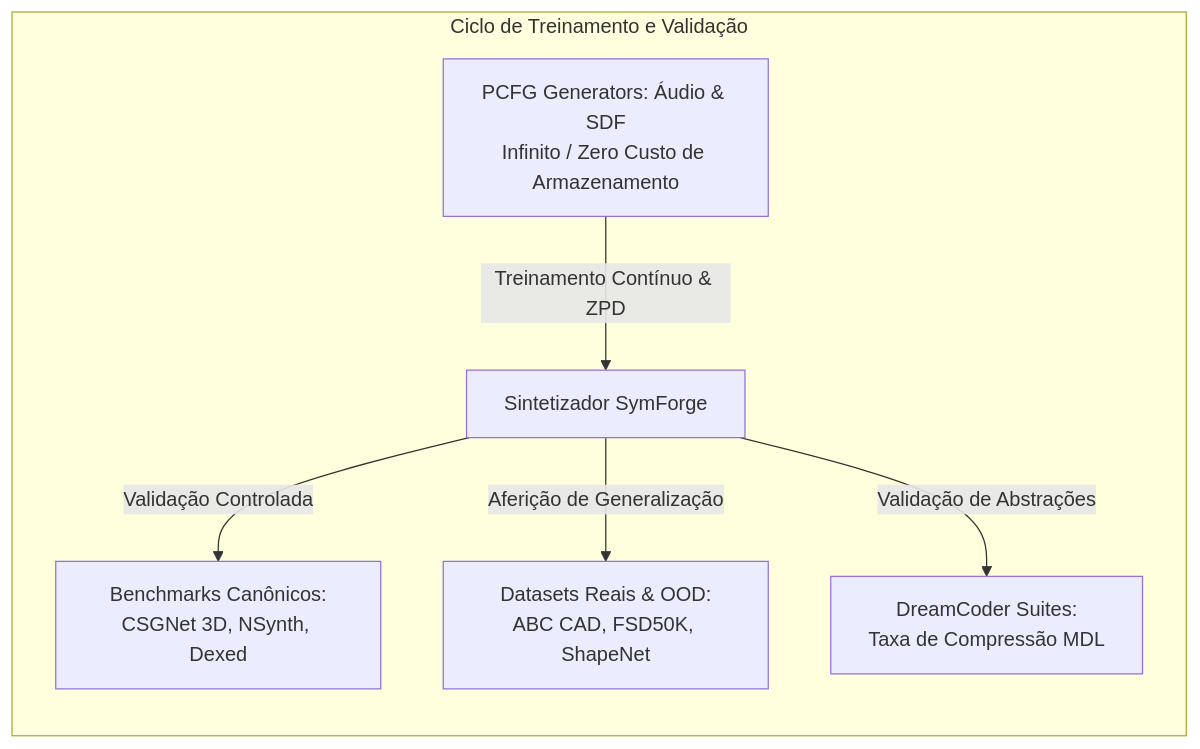
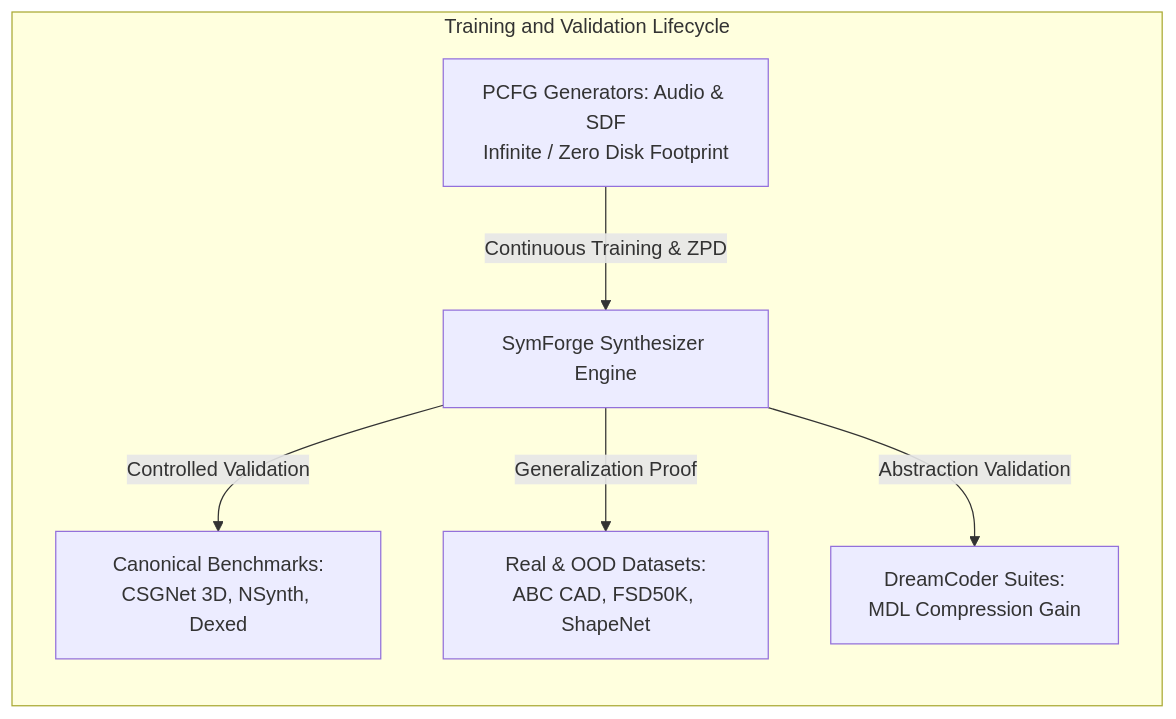
The second of 2 diagrams in docs/architecture/datasets_and_benchmarks.md (racoci/symforge), drawn with Mermaid before and after one commit. The commit also changed other lines of this file and 12 other files, not shown here.

Commit message:
docs: translate README and complete architecture documentation to English

````diff
--- a/docs/architecture/datasets_and_benchmarks.md
+++ b/docs/architecture/datasets_and_benchmarks.md
@@ -160,9 +160,9 @@
 ```mermaid
 graph LR
-    subgraph CoreLifecycle [Ciclo de Treinamento e Validação]
-        P_GEN[PCFG Generators: Áudio & SDF<br/>Infinito / Zero Custo de Armazenamento] -->|Treinamento Contínuo & ZPD| SYNTH[Sintetizador SymForge]
-        SYNTH -->|Validação Controlada| B_CTRL[Benchmarks Canônicos:<br/>CSGNet 3D, NSynth, Dexed]
-        SYNTH -->|Aferição de Generalização| B_REAL[Datasets Reais & OOD:<br/>ABC CAD, FSD50K, ShapeNet]
-        SYNTH -->|Validação de Abstrações| B_DREAM[DreamCoder Suites:<br/>Taxa de Compressão MDL]
+    subgraph CoreLifecycle [Training and Validation Lifecycle]
+        P_GEN[PCFG Generators: Audio & SDF<br/>Infinite / Zero Disk Footprint] -->|Continuous Training & ZPD| SYNTH[SymForge Synthesizer Engine]
+        SYNTH -->|Controlled Validation| B_CTRL[Canonical Benchmarks:<br/>CSGNet 3D, NSynth, Dexed]
+        SYNTH -->|Generalization Proof| B_REAL[Real & OOD Datasets:<br/>ABC CAD, FSD50K, ShapeNet]
+        SYNTH -->|Abstraction Validation| B_DREAM[DreamCoder Suites:<br/>MDL Compression Gain]
     end
 ```
````
